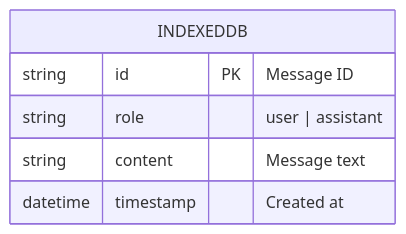
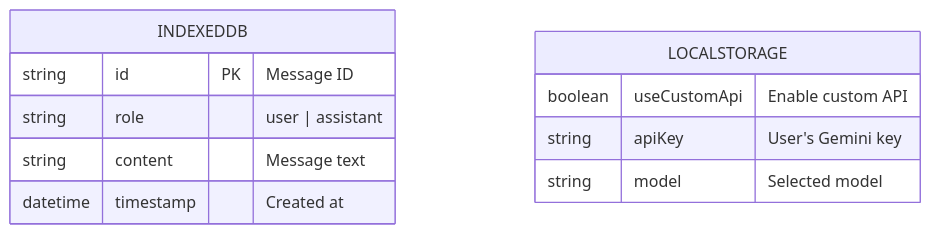
Before and after one commit to Xeze-org/Anie-Ai: the fourth of 4 diagrams in readme.md, drawn with Mermaid. The commit also changed other lines of this file and 2 other files, not shown here.

Commit message:
feat: Update Docker Compose to build services locally and add documentation for the new bring-your-own-API-key feature.

````diff
--- a/readme.md
+++ b/readme.md
@@ -133,9 +160,14 @@
 ```mermaid
 erDiagram
     INDEXEDDB {
         string id PK "Message ID"
         string role "user | assistant"
         string content "Message text"
         datetime timestamp "Created at"
     }
+    LOCALSTORAGE {
+        boolean useCustomApi "Enable custom API"
+        string apiKey "User's Gemini key"
+        string model "Selected model"
+    }
 ```
````
